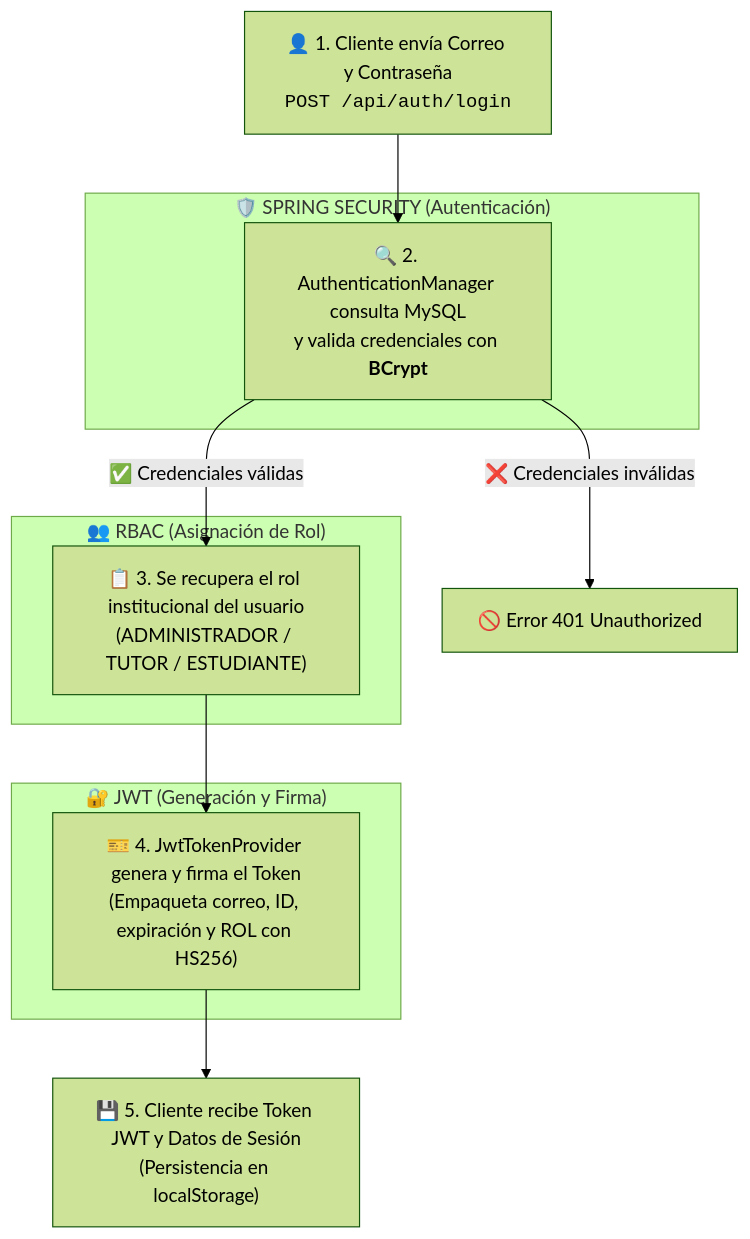
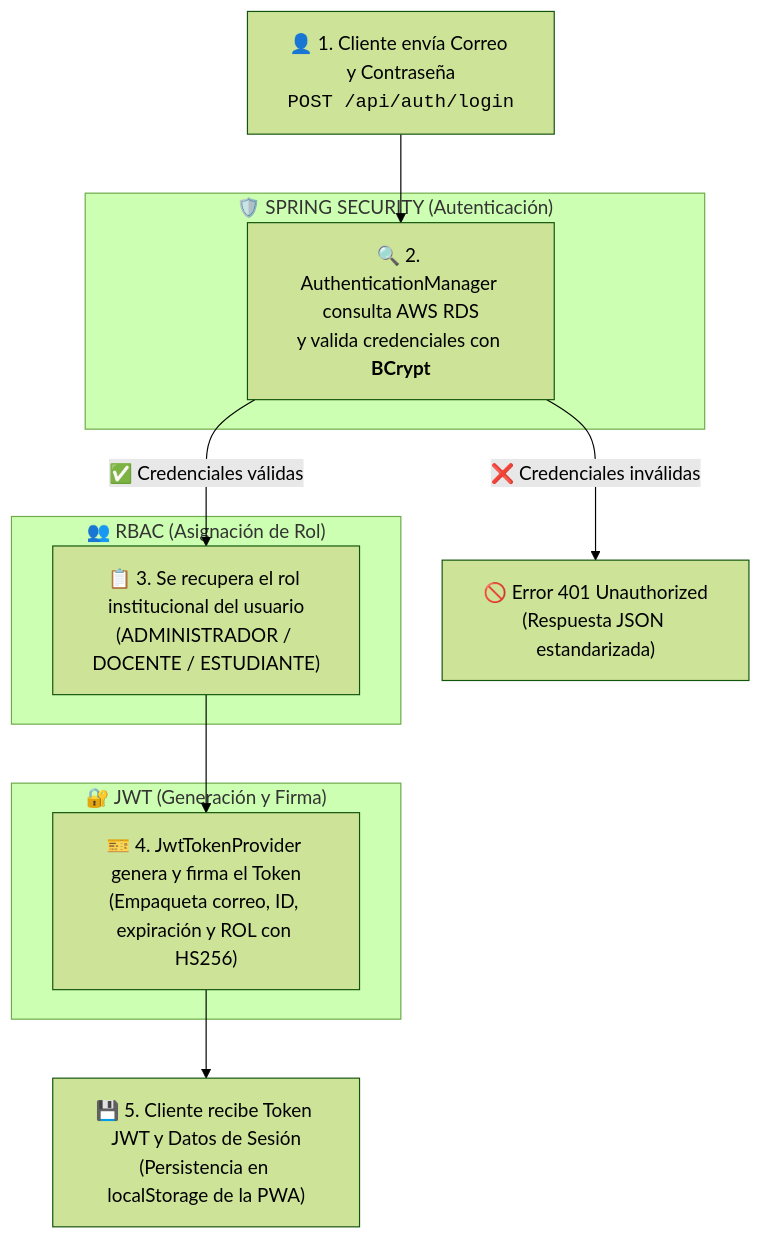
One commit to WRivxs/SGTU-Tutorias-Universitarias changed the first of 2 diagrams in docs/Entrega3_Arquitectura_Seguridad.md. Above: the diagram before and after it, drawn with Mermaid (forest theme). The commit also changed other lines of this file and 5 other files, not shown here.

````diff
--- a/docs/Entrega3_Arquitectura_Seguridad.md
+++ b/docs/Entrega3_Arquitectura_Seguridad.md
@@ -75,20 +93,20 @@
 ```mermaid
 flowchart TD
     A["👤 1. Cliente envía Correo y Contraseña<br/><code>POST /api/auth/login</code>"] --> B
 
     subgraph SS1 ["🛡️ SPRING SECURITY (Autenticación)"]
-        B["🔍 2. AuthenticationManager consulta MySQL<br/>y valida credenciales con <b>BCrypt</b>"]
+        B["🔍 2. AuthenticationManager consulta AWS RDS<br/>y valida credenciales con <b>BCrypt</b>"]
     end
 
-    B -->|❌ Credenciales inválidas| C["🚫 Error 401 Unauthorized"]
+    B -->|❌ Credenciales inválidas| C["🚫 Error 401 Unauthorized<br/>(Respuesta JSON estandarizada)"]
 
     subgraph RBAC1 ["👥 RBAC (Asignación de Rol)"]
-        B -->|✅ Credenciales válidas| D["📋 3. Se recupera el rol institucional del usuario<br/>(ADMINISTRADOR / TUTOR / ESTUDIANTE)"]
+        B -->|✅ Credenciales válidas| D["📋 3. Se recupera el rol institucional del usuario<br/>(ADMINISTRADOR / DOCENTE / ESTUDIANTE)"]
     end
 
     subgraph JWT1 ["🔐 JWT (Generación y Firma)"]
         D --> E["🎫 4. JwtTokenProvider genera y firma el Token<br/>(Empaqueta correo, ID, expiración y ROL con HS256)"]
     end
 
-    E --> F["💾 5. Cliente recibe Token JWT y Datos de Sesión<br/>(Persistencia en localStorage)"]
+    E --> F["💾 5. Cliente recibe Token JWT y Datos de Sesión<br/>(Persistencia en localStorage de la PWA)"]
 ```
````
